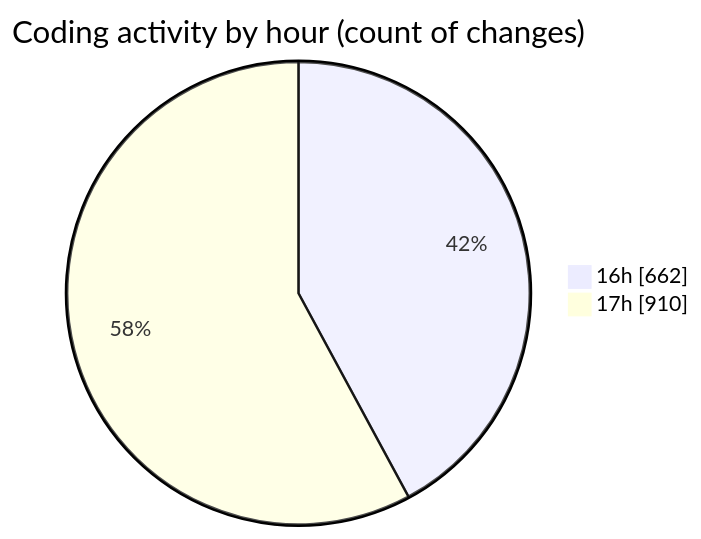
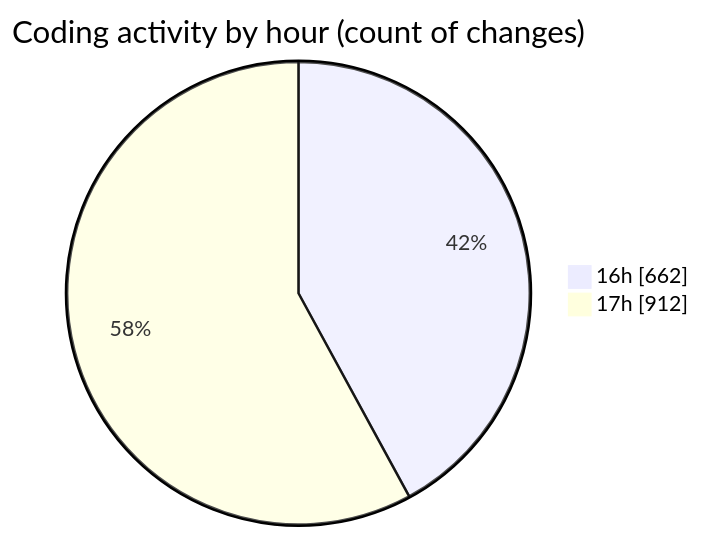
The second of 2 diagrams in 2025-04-11/nxtqube_webapp/README.md (nxtqubesakshisongat/code-tracking), drawn with Mermaid before and after one commit. The commit also changed other lines of this file and 1 other file, not shown here.

````diff
--- a/2025-04-11/nxtqube_webapp/README.md
+++ b/2025-04-11/nxtqube_webapp/README.md
@@ -33,6 +33,6 @@
 ```mermaid
 pie showData
 title Coding activity by hour (count of changes)
 "16h" : 662
-"17h" : 910
+"17h" : 912
 ```
````
